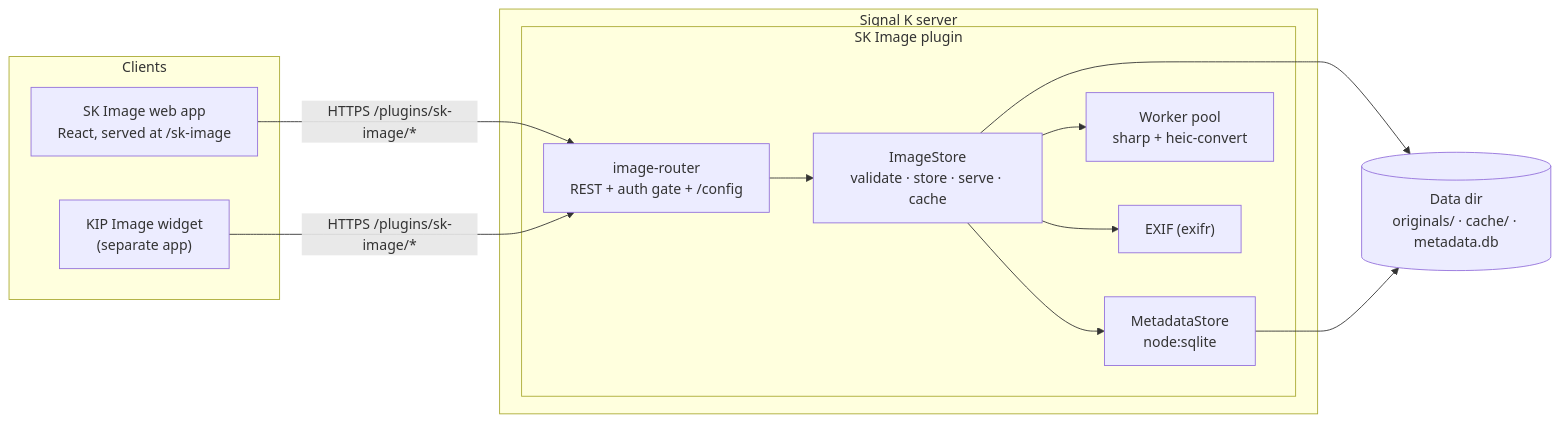
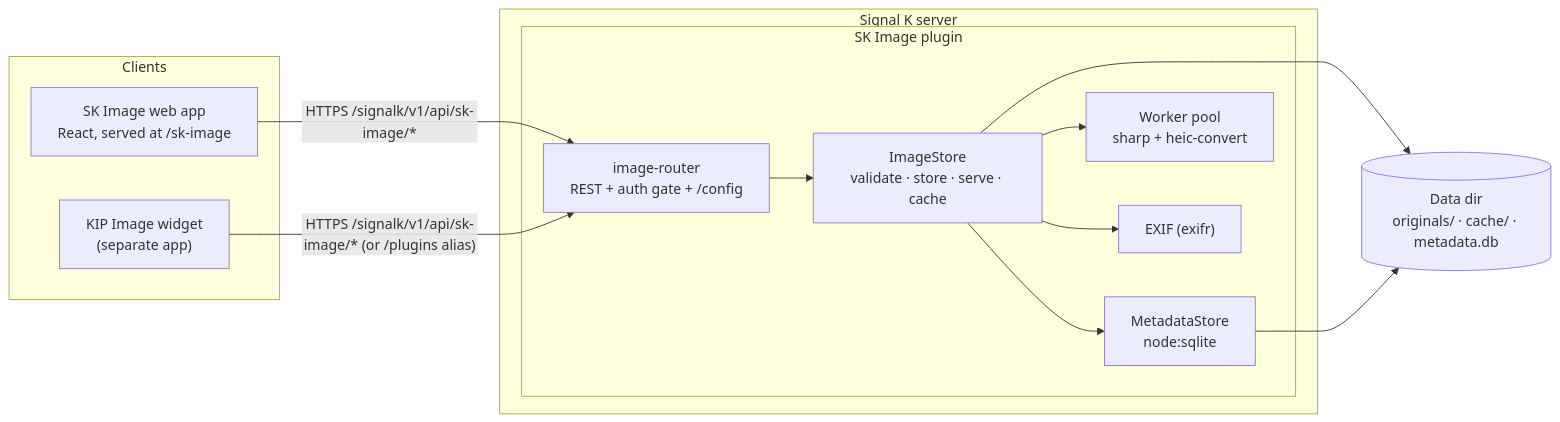
One commit to dillan/sk-image changed the diagram in docs/developers/architecture.md. Above: the diagram before and after it, drawn with Mermaid. The commit also changed other lines of this file and 18 other files, not shown here.

````diff
--- a/docs/developers/architecture.md
+++ b/docs/developers/architecture.md
@@ -11,25 +11,25 @@
 ```mermaid
 flowchart LR
   subgraph Clients
     Webapp["SK Image web app<br/>React, served at /sk-image"]
     KIP["KIP Image widget<br/>(separate app)"]
   end
   subgraph Server["Signal K server"]
     subgraph Plugin["SK Image plugin"]
       Router["image-router<br/>REST + auth gate + /config"]
       Store["ImageStore<br/>validate · store · serve · cache"]
       Meta["MetadataStore<br/>node:sqlite"]
       Pool["Worker pool<br/>sharp + heic-convert"]
       Exif["EXIF (exifr)"]
     end
   end
   Disk[("Data dir<br/>originals/ · cache/ · metadata.db")]
-  Webapp -- "HTTPS /plugins/sk-image/*" --> Router
-  KIP -- "HTTPS /plugins/sk-image/*" --> Router
+  Webapp -- "HTTPS /signalk/v1/api/sk-image/*" --> Router
+  KIP -- "HTTPS /signalk/v1/api/sk-image/* (or /plugins alias)" --> Router
   Router --> Store
   Store --> Meta
   Store --> Pool
   Store --> Exif
   Store --> Disk
   Meta --> Disk
 ```
````
